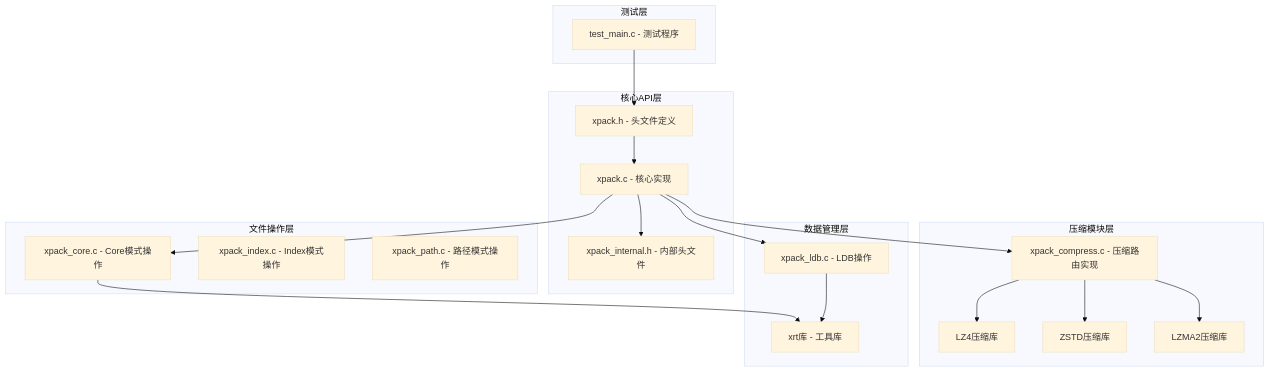
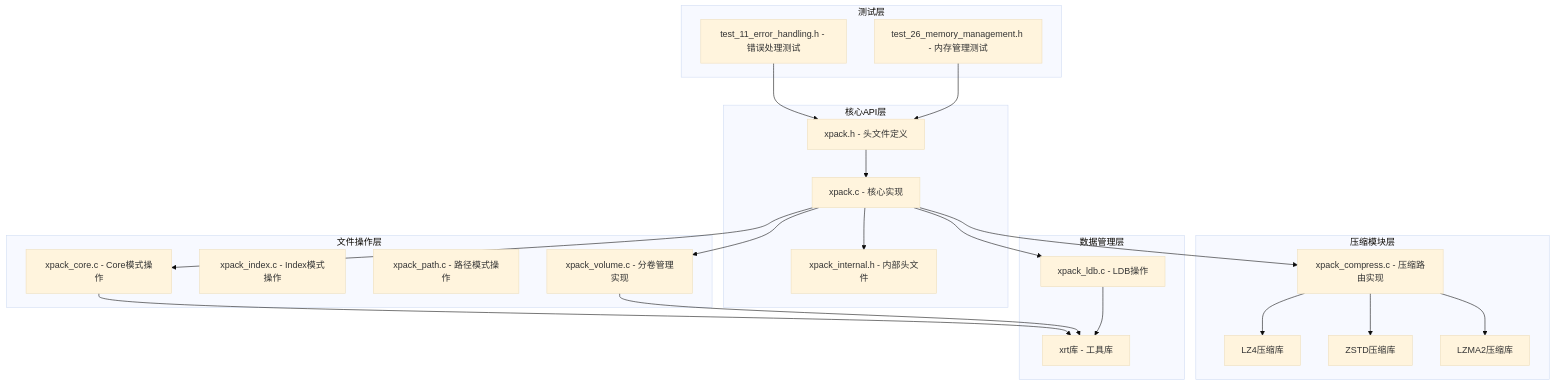
Before and after one commit to xywhsoft/xpack: the first of 8 diagrams in .qoder/repowiki/zh/content/API参考手册/核心API函数.md, drawn with Mermaid (base theme). The commit also changed other lines of this file and 42 other files, not shown here.

````diff
--- a/.qoder/repowiki/zh/content/API参考手册/核心API函数.md
+++ b/.qoder/repowiki/zh/content/API参考手册/核心API函数.md
@@ -44,37 +48,42 @@
 ```mermaid
 graph TB
 subgraph "核心API层"
 A[xpack.h - 头文件定义]
 B[xpack.c - 核心实现]
 C[xpack_internal.h - 内部头文件]
 end
 subgraph "压缩模块层"
 D[xpack_compress.c - 压缩路由实现]
 E[LZ4压缩库]
 F[ZSTD压缩库]
 G[LZMA2压缩库]
 end
 subgraph "文件操作层"
 H[xpack_core.c - Core模式操作]
 I[xpack_index.c - Index模式操作]
 J[xpack_path.c - 路径模式操作]
+K[xpack_volume.c - 分卷管理实现]
 end
 subgraph "数据管理层"
-K[xpack_ldb.c - LDB操作]
-L[xrt库 - 工具库]
+L[xpack_ldb.c - LDB操作]
+M[xrt库 - 工具库]
 end
 subgraph "测试层"
-M[test_main.c - 测试程序]
+N[test_11_error_handling.h - 错误处理测试]
+O[test_26_memory_management.h - 内存管理测试]
 end
 A --> B
 B --> C
 B --> D
 B --> H
 B --> K
+B --> L
 D --> E
 D --> F
 D --> G
-H --> L
-K --> L
-M --> A
+H --> M
+K --> M
+L --> M
+N --> A
+O --> A
 ```
````
